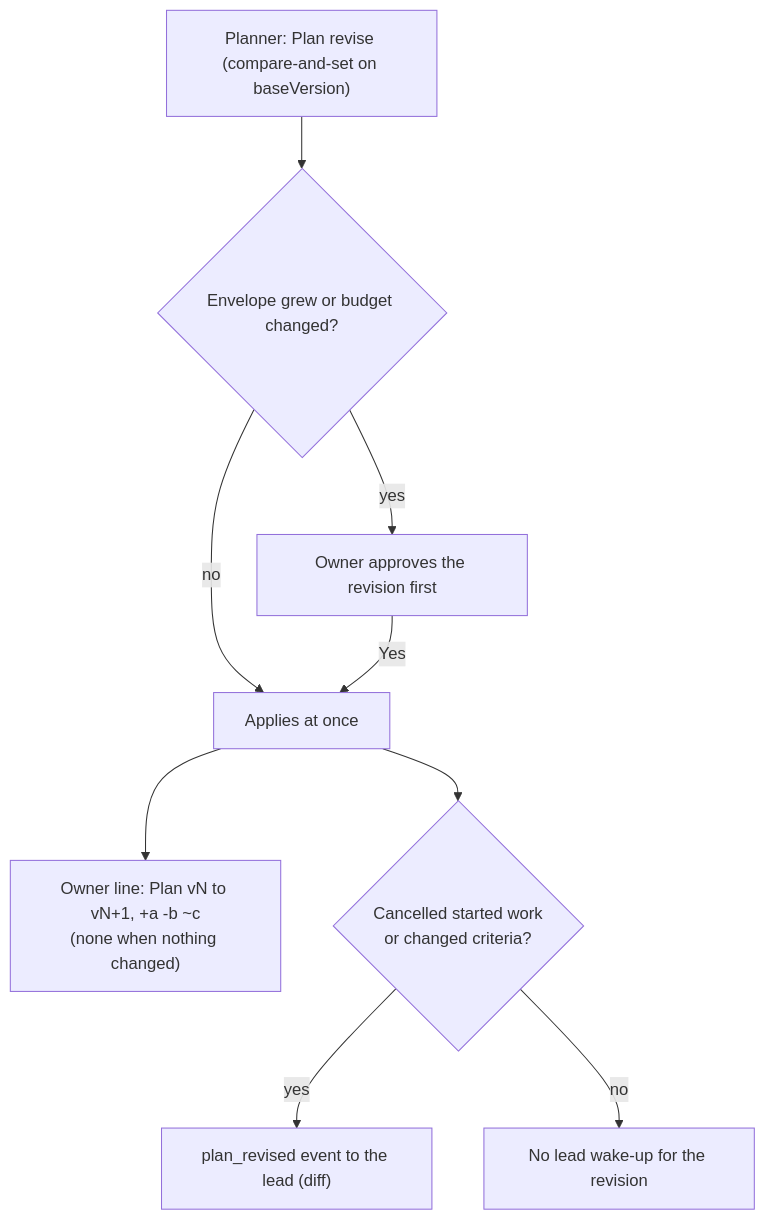
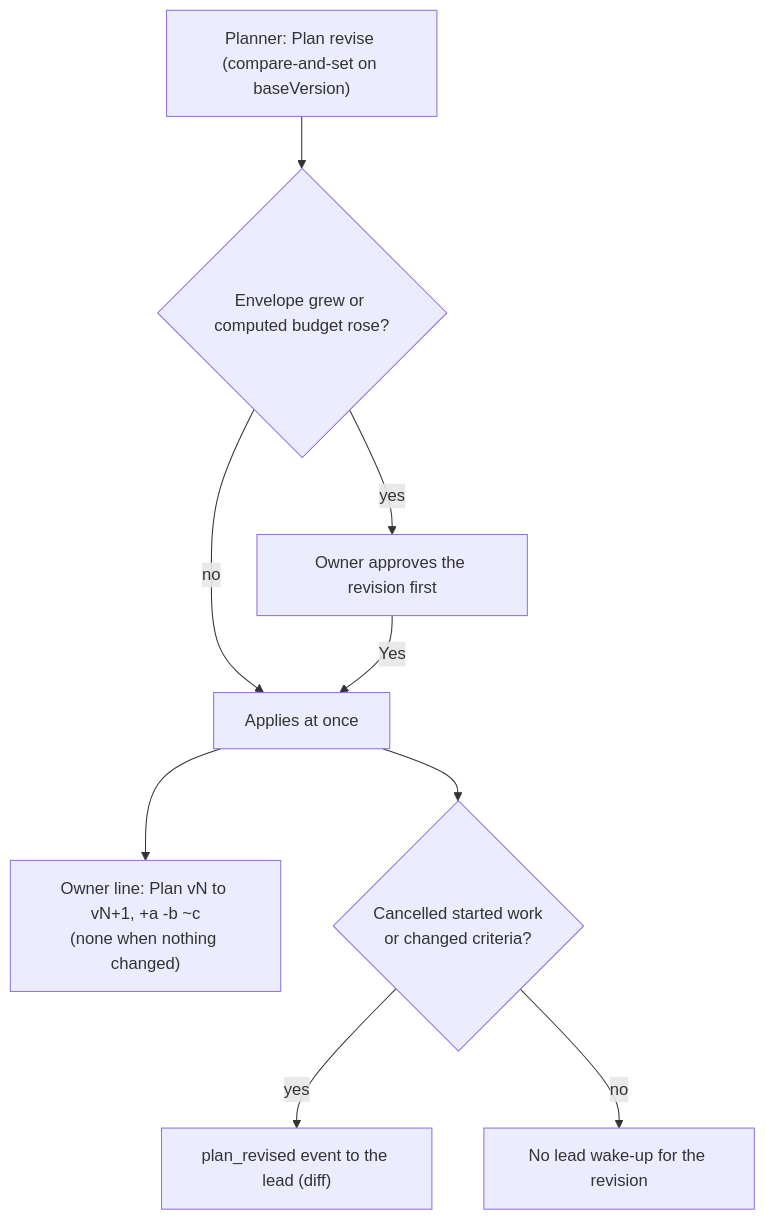
One commit to longlee218/slim-friday changed the fourth of 6 diagrams in docs/lead-team-flow.md. Above: the diagram before and after it, drawn with Mermaid. The commit also changed other lines of this file and 99 other files, not shown here.

First line of the commit message:
feat(roles): rich role contracts, researcher split from scout, code-computed plan budget, preloaded lead skill

````diff
--- a/docs/lead-team-flow.md
+++ b/docs/lead-team-flow.md
@@ -88,11 +88,11 @@
 ```mermaid
 flowchart TD
-    REV["Planner: Plan revise (compare-and-set on baseVersion)"] --> Q{"Envelope grew or budget changed?"}
+    REV["Planner: Plan revise (compare-and-set on baseVersion)"] --> Q{"Envelope grew or computed budget rose?"}
     Q -->|yes| OWN["Owner approves the revision first"]
     Q -->|no| APPLY["Applies at once"]
     OWN -->|Yes| APPLY
     APPLY --> LINE["Owner line: Plan vN to vN+1, +a -b ~c<br/>(none when nothing changed)"]
     APPLY --> CANCEL{"Cancelled started work<br/>or changed criteria?"}
     CANCEL -->|yes| PR["plan_revised event to the lead (diff)"]
     CANCEL -->|no| QUIET["No lead wake-up for the revision"]
 ```
````
